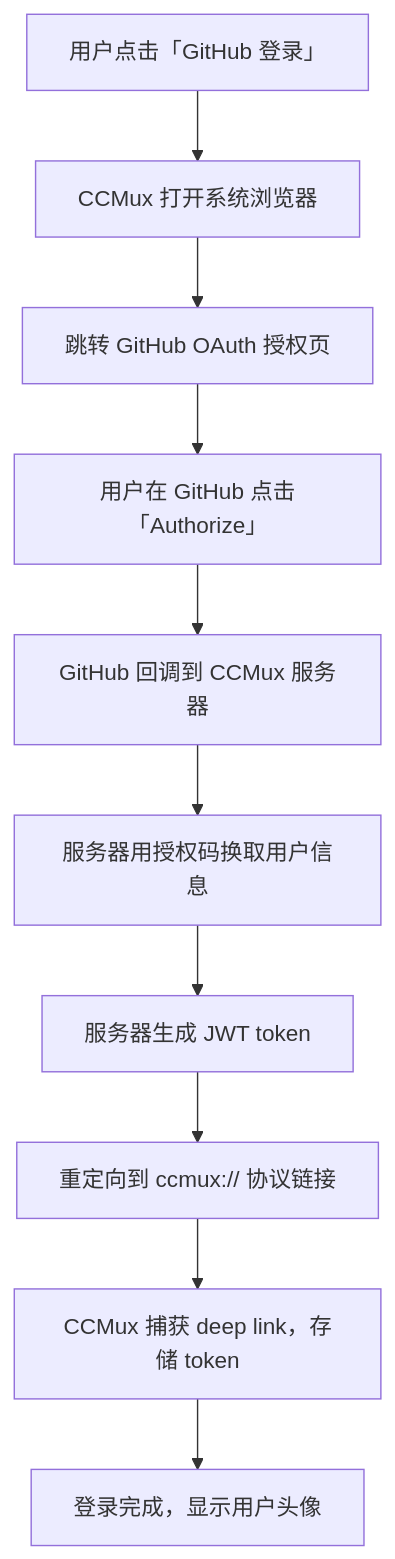
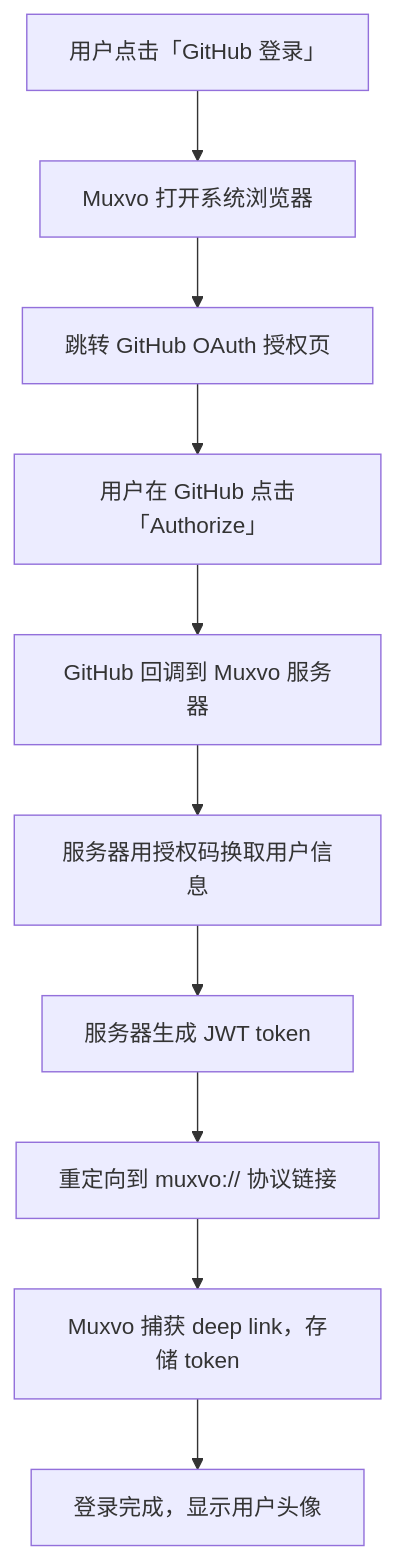
The eighth of 26 diagrams in PRD.md (muxvo/muxvo), drawn with Mermaid before and after one commit. The commit also changed other lines of this file and 1 other file, not shown here.

````diff
--- a/PRD.md
+++ b/PRD.md
@@ -415,12 +446,12 @@
 ```mermaid
 flowchart TD
-    A[用户点击「GitHub 登录」] --> B[CCMux 打开系统浏览器]
+    A[用户点击「GitHub 登录」] --> B[Muxvo 打开系统浏览器]
     B --> C[跳转 GitHub OAuth 授权页]
     C --> D[用户在 GitHub 点击「Authorize」]
-    D --> E[GitHub 回调到 CCMux 服务器]
+    D --> E[GitHub 回调到 Muxvo 服务器]
     E --> F[服务器用授权码换取用户信息]
     F --> G[服务器生成 JWT token]
-    G --> H[重定向到 ccmux:// 协议链接]
-    H --> I[CCMux 捕获 deep link，存储 token]
+    G --> H[重定向到 muxvo:// 协议链接]
+    H --> I[Muxvo 捕获 deep link，存储 token]
     I --> J[登录完成，显示用户头像]
 ```
````
